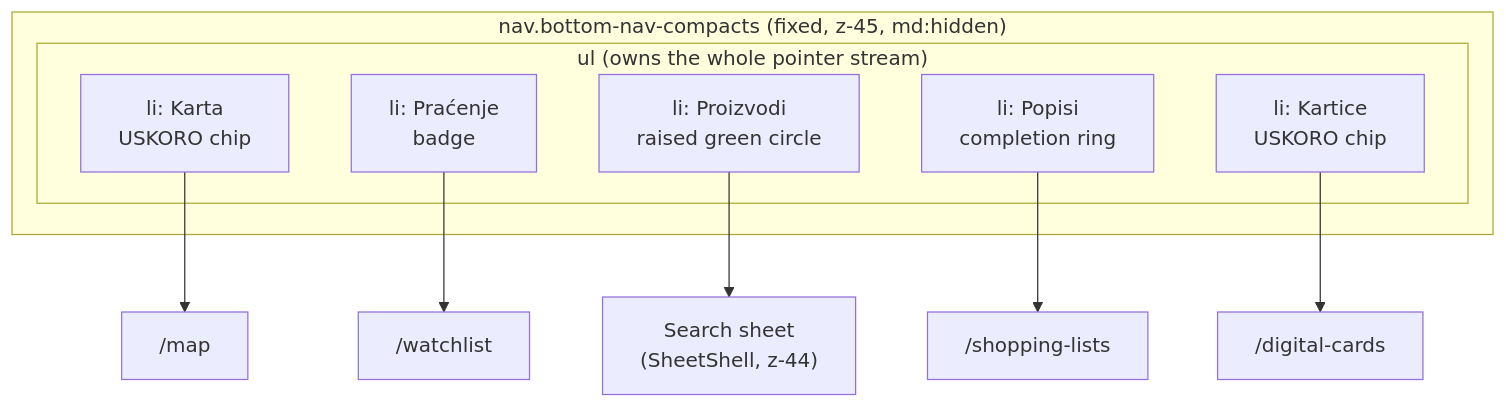
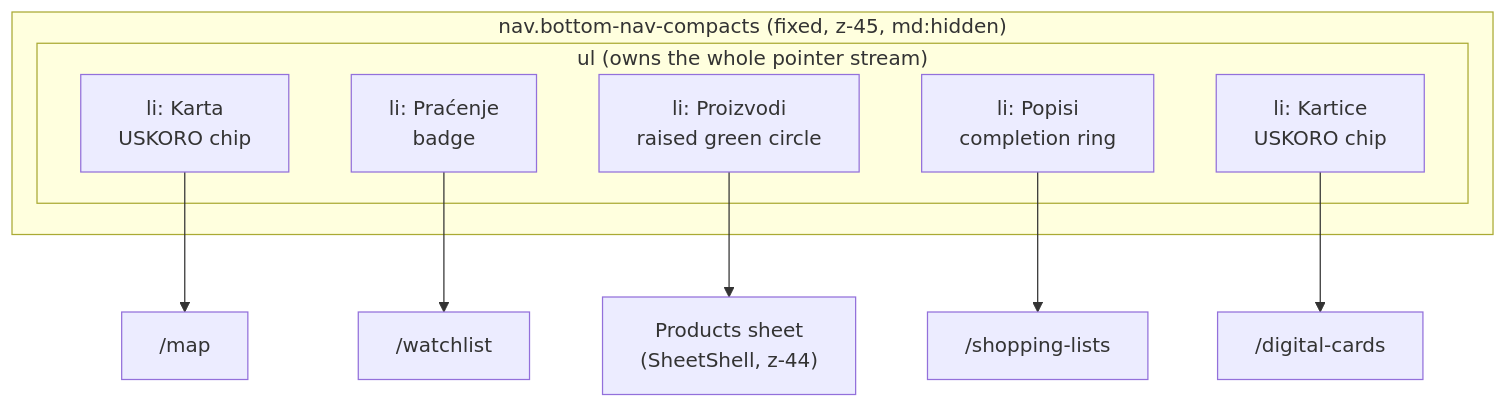
One commit to OffCrazyFreak/Disscount changed the first of 5 diagrams in docs/MOBILE-NAV.md. Above: the diagram before and after it, drawn with Mermaid. The commit also changed other lines of this file and 2 other files, not shown here.

````diff
--- a/docs/MOBILE-NAV.md
+++ b/docs/MOBILE-NAV.md
@@ -79,18 +79,18 @@
 ```mermaid
 flowchart TB
     subgraph nav["nav.bottom-nav-compacts (fixed, z-45, md:hidden)"]
         subgraph ul["ul (owns the whole pointer stream)"]
             c1["li: Karta<br/>USKORO chip"]
             c2["li: Praćenje<br/>badge"]
             c3["li: Proizvodi<br/>raised green circle"]
             c4["li: Popisi<br/>completion ring"]
             c5["li: Kartice<br/>USKORO chip"]
         end
     end
 
     c1 --> map["/map"]
     c2 --> watchlist["/watchlist"]
-    c3 --> sheet["Search sheet<br/>(SheetShell, z-44)"]
+    c3 --> sheet["Products sheet<br/>(SheetShell, z-44)"]
     c4 --> lists["/shopping-lists"]
     c5 --> cards["/digital-cards"]
 ```
````
